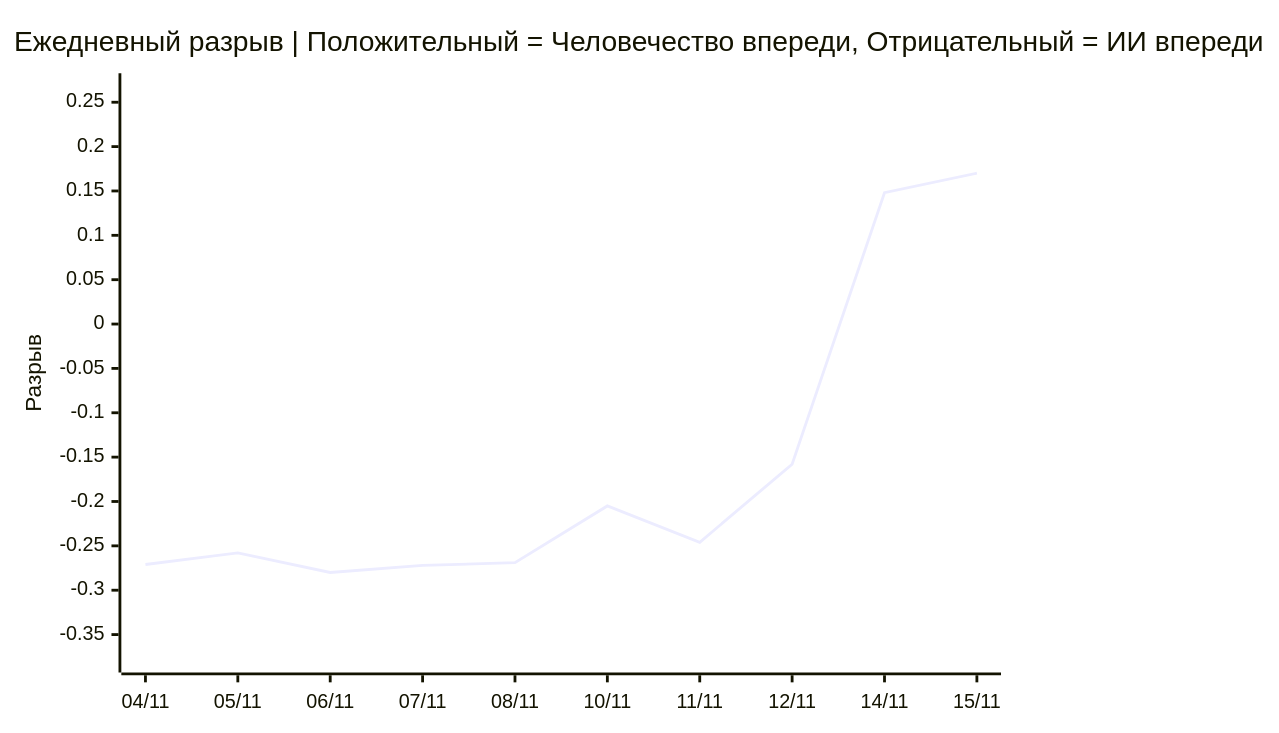
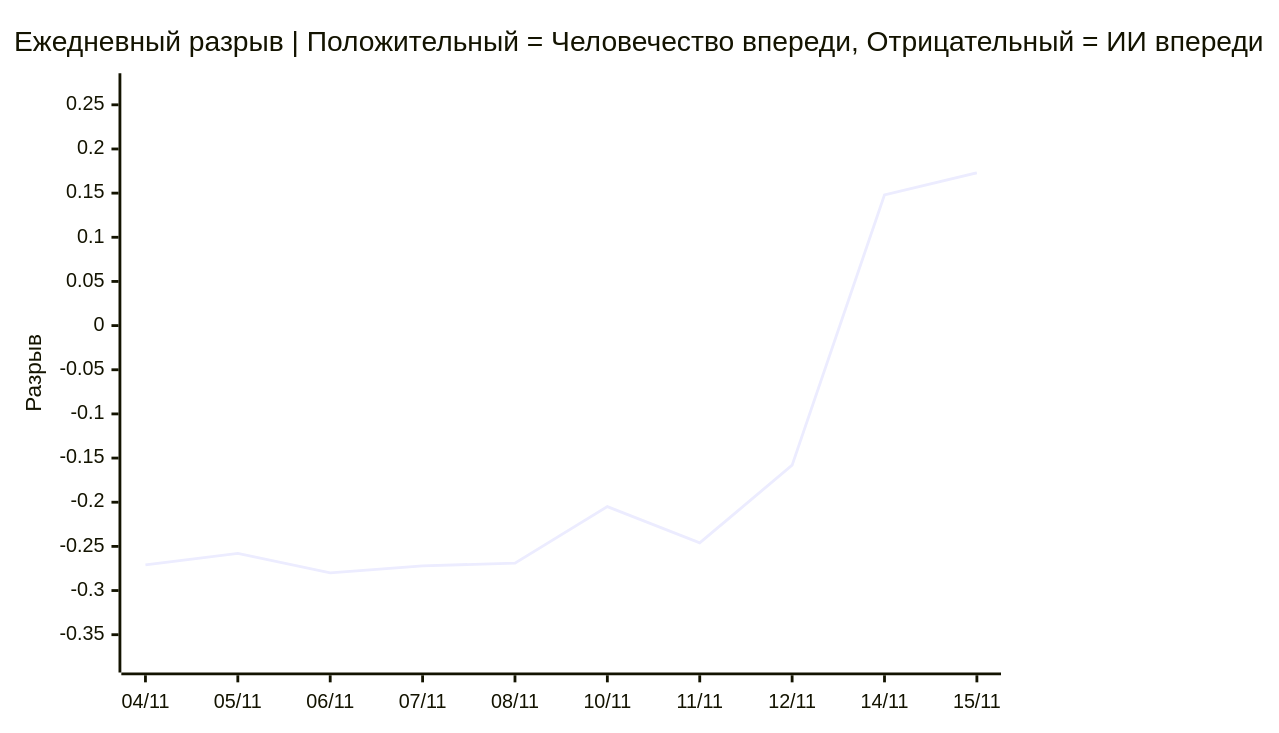
One commit to VQQLK/Human-AI-Monitor changed the third of 3 diagrams in README.ru.md. Above: the diagram before and after it, drawn with Mermaid. The commit also changed other lines of this file and 2 other files, not shown here.

````diff
--- a/README.ru.md
+++ b/README.ru.md
@@ -54,7 +54,7 @@
 ```mermaid
 xychart-beta
     title "Ежедневный разрыв | Положительный = Человечество впереди, Отрицательный = ИИ впереди"
     x-axis ["04/11", "05/11", "06/11", "07/11", "08/11", "10/11", "11/11", "12/11", "14/11", "15/11"]
-    y-axis "Разрыв" -0.380 --> 0.270
-    line [-0.271, -0.258, -0.280, -0.272, -0.269, -0.205, -0.246, -0.158, 0.148, 0.170]
+    y-axis "Разрыв" -0.380 --> 0.273
+    line [-0.271, -0.258, -0.280, -0.272, -0.269, -0.205, -0.246, -0.158, 0.148, 0.173]
 ```
````
